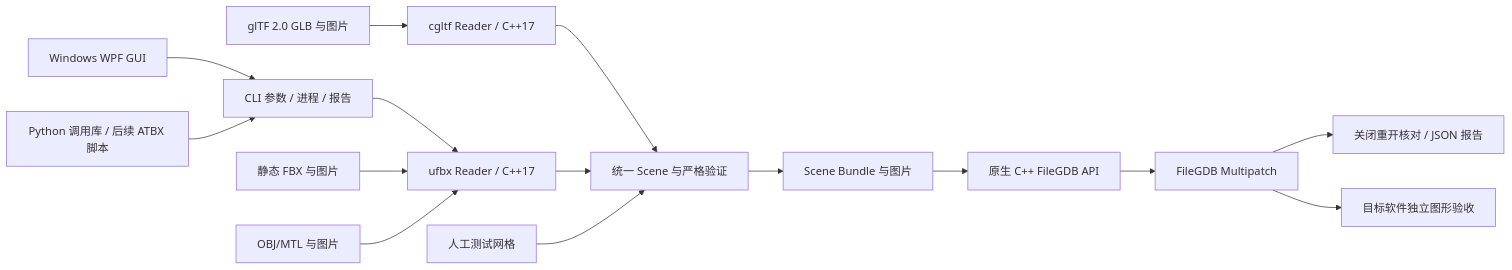
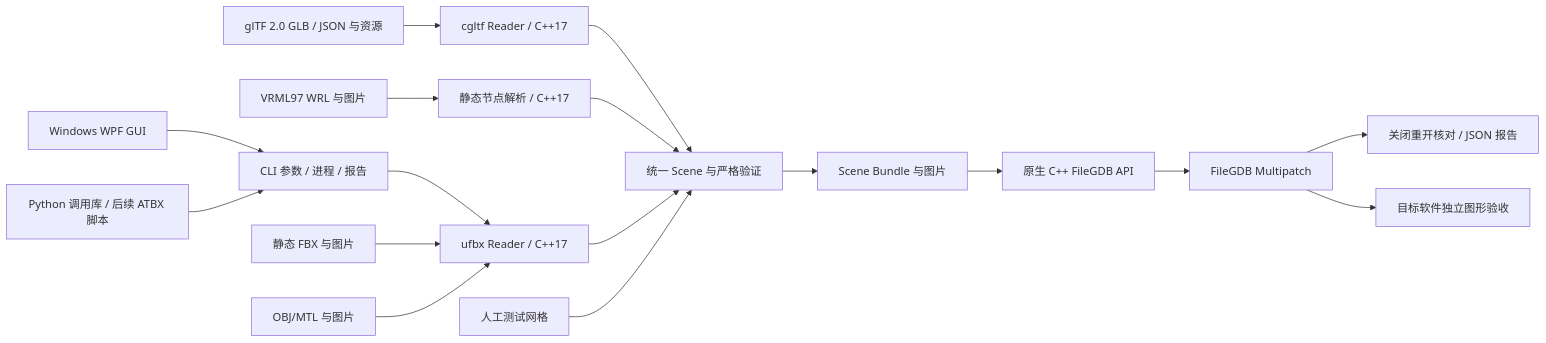
Before and after one commit to jasper-gis/GeoModelBridge: the diagram in docs/architecture.md, drawn with Mermaid. The commit also changed other lines of this file and 78 other files, not shown here.

````diff
--- a/docs/architecture.md
+++ b/docs/architecture.md
@@ -5,17 +5,19 @@
 ```mermaid
 flowchart LR
   UI[Windows WPF GUI] --> C[CLI 参数 / 进程 / 报告]
   PY[Python 调用库 / 后续 ATBX 脚本] --> C
   C --> R
   FBX[静态 FBX 与图片] --> R[ufbx Reader / C++17]
   OBJ[OBJ/MTL 与图片] --> R
-  GLB[glTF 2.0 GLB 与图片] --> L[cgltf Reader / C++17]
+  GLB[glTF 2.0 GLB / JSON 与资源] --> L[cgltf Reader / C++17]
   L --> S
+  WRL[VRML97 WRL 与图片] --> W[静态节点解析 / C++17]
+  W --> S
   R --> S[统一 Scene 与严格验证]
   F[人工测试网格] --> S
   S --> B[Scene Bundle 与图片]
   B --> N[原生 C++ FileGDB API]
   N --> G[FileGDB Multipatch]
   G --> V[关闭重开核对 / JSON 报告]
   G --> A[目标软件独立图形验收]
 ```
````
